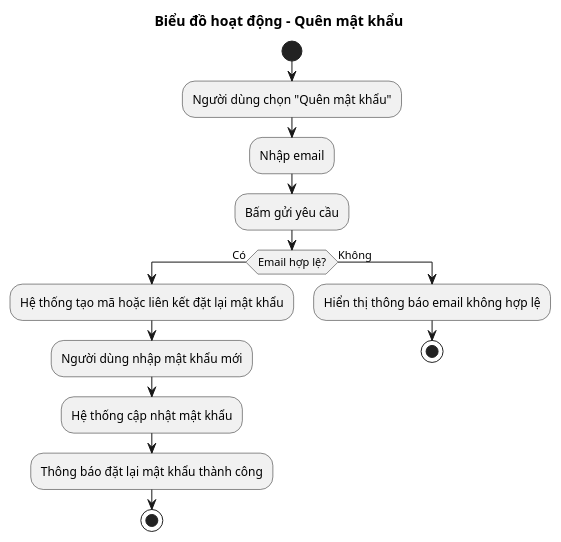
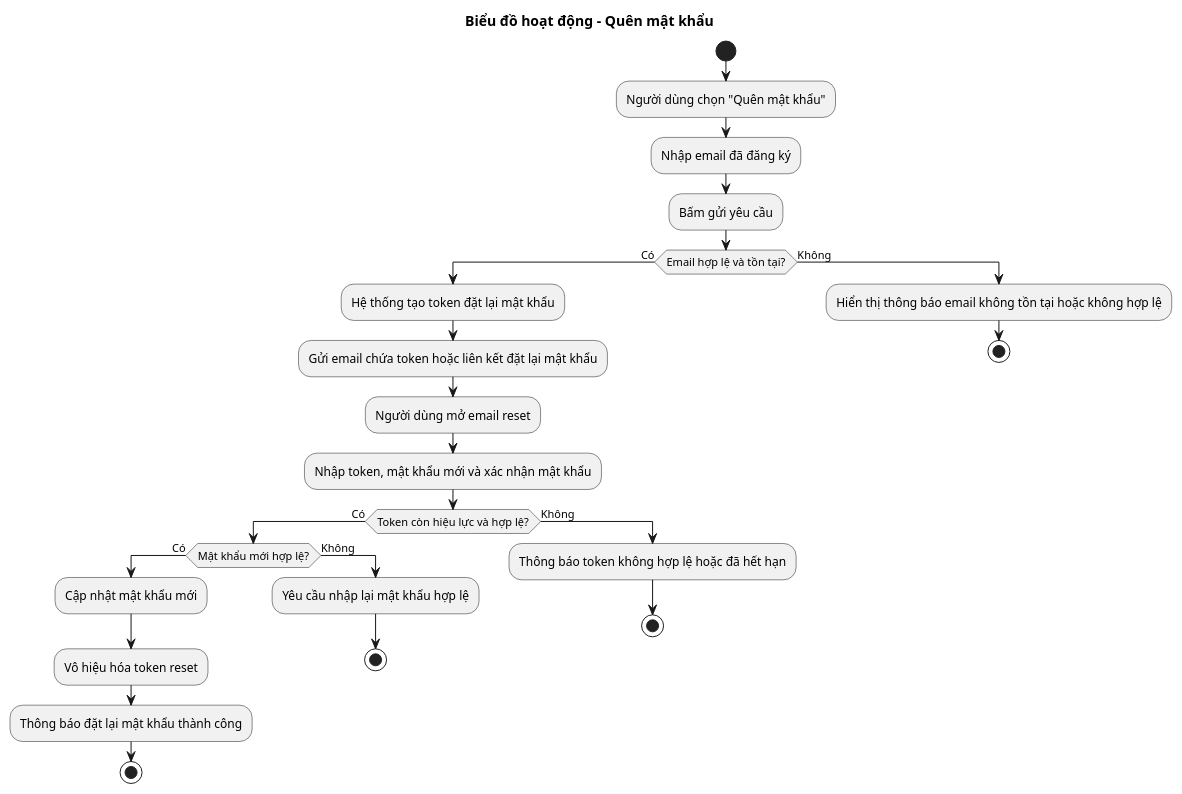
The diagram in docs/diagrams/Bieudohoatdong/forgetPassword.puml (phuongtech24/do_an), drawn with PlantUML before and after one commit. The commit also changed other lines of this file and 18 other files, not shown here.

```diff
--- a/docs/diagrams/Bieudohoatdong/forgetPassword.puml
+++ b/docs/diagrams/Bieudohoatdong/forgetPassword.puml
@@ -1,20 +1,33 @@
 @startuml
 title Biểu đồ hoạt động - Quên mật khẩu
 
 start
 :Người dùng chọn "Quên mật khẩu";
-:Nhập email;
+:Nhập email đã đăng ký;
 :Bấm gửi yêu cầu;
 
-if (Email hợp lệ?) then (Có)
-  :Hệ thống tạo mã hoặc liên kết đặt lại mật khẩu;
-  :Người dùng nhập mật khẩu mới;
-  :Hệ thống cập nhật mật khẩu;
-  :Thông báo đặt lại mật khẩu thành công;
-  stop
+if (Email hợp lệ và tồn tại?) then (Có)
+  :Hệ thống tạo token đặt lại mật khẩu;
+  :Gửi email chứa token hoặc liên kết đặt lại mật khẩu;
+  :Người dùng mở email reset;
+  :Nhập token, mật khẩu mới và xác nhận mật khẩu;
+  if (Token còn hiệu lực và hợp lệ?) then (Có)
+    if (Mật khẩu mới hợp lệ?) then (Có)
+      :Cập nhật mật khẩu mới;
+      :Vô hiệu hóa token reset;
+      :Thông báo đặt lại mật khẩu thành công;
+      stop
+    else (Không)
+      :Yêu cầu nhập lại mật khẩu hợp lệ;
+      stop
+    endif
+  else (Không)
+    :Thông báo token không hợp lệ hoặc đã hết hạn;
+    stop
+  endif
 else (Không)
-  :Hiển thị thông báo email không hợp lệ;
+  :Hiển thị thông báo email không tồn tại hoặc không hợp lệ;
   stop
 endif
 
 @enduml
```
